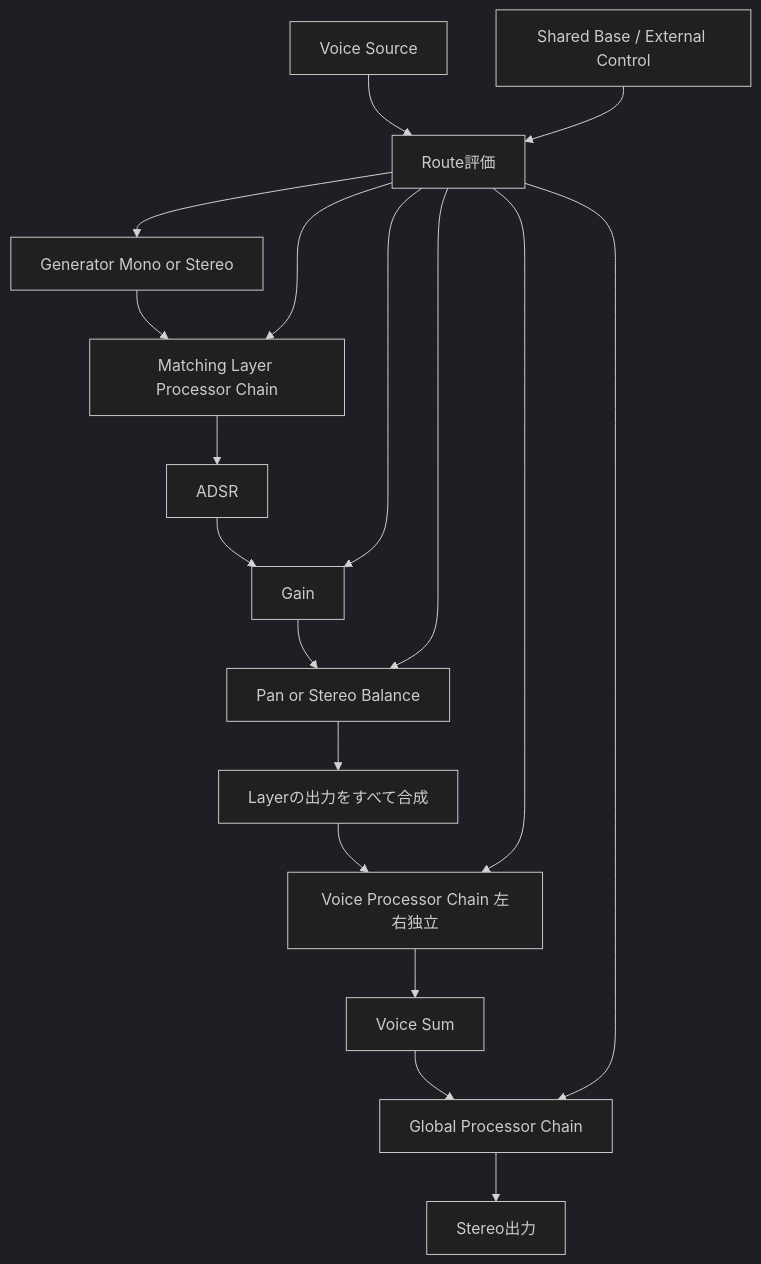
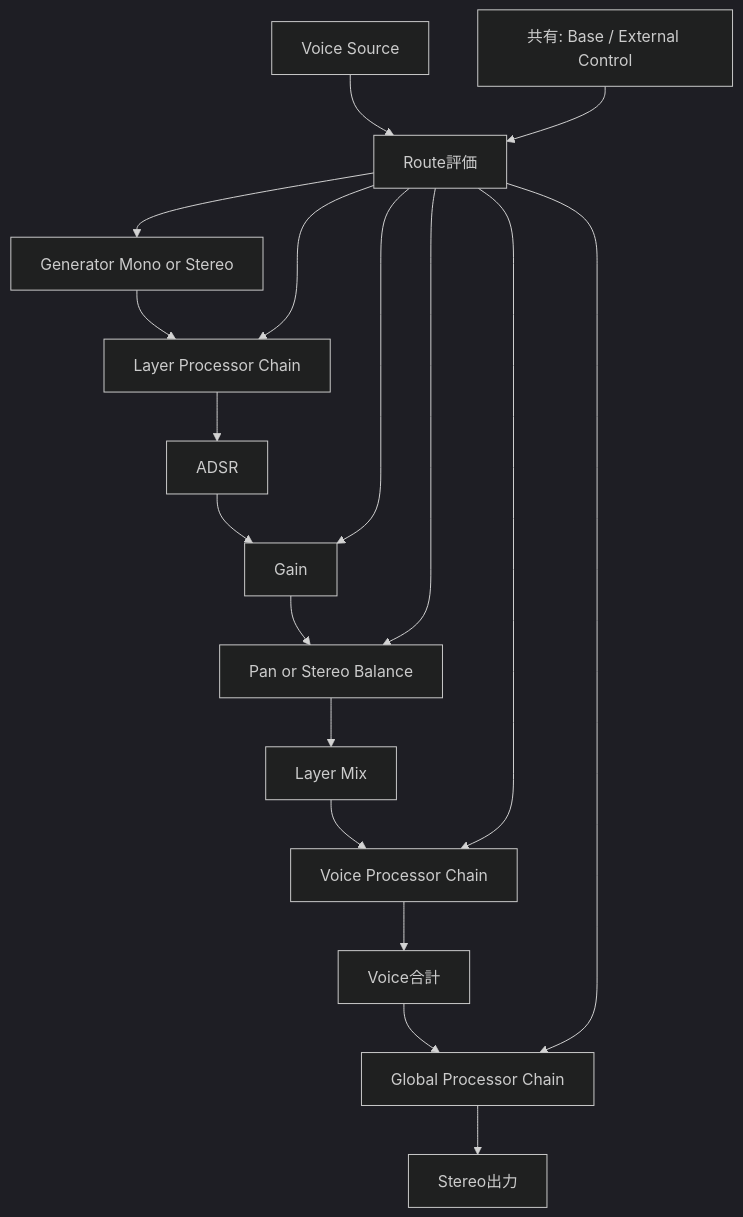
Before and after one commit to endo-ly/sonalloy: the third of 4 diagrams in docs/runtime-processing.md, drawn with Mermaid (dark theme). The commit also changed other lines of this file and 8 other files, not shown here.

````diff
--- a/docs/runtime-processing.md
+++ b/docs/runtime-processing.md
@@ -84,20 +82,20 @@
 ```mermaid
 flowchart TD
-    G[Generator Mono or Stereo] --> LP[Matching Layer Processor Chain]
+    G[Generator Mono or Stereo] --> LP[Layer Processor Chain]
     LP --> E[ADSR]
     E --> A[Gain]
     A --> P[Pan or Stereo Balance]
-    P --> M[Layerの出力をすべて合成]
-    M --> VP[Voice Processor Chain 左右独立]
-    VP --> V[Voice Sum]
+    P --> M[Layer Mix]
+    M --> VP[Voice Processor Chain]
+    VP --> V[Voice合計]
     V --> GP[Global Processor Chain]
     GP --> O[Stereo出力]
     S[Voice Source] --> T[Route評価]
-    X[Shared Base / External Control] --> T
+    X[共有: Base / External Control] --> T
     T --> A
     T --> P
     T --> G
     T --> LP
     T --> VP
     T --> GP
 ```
````
